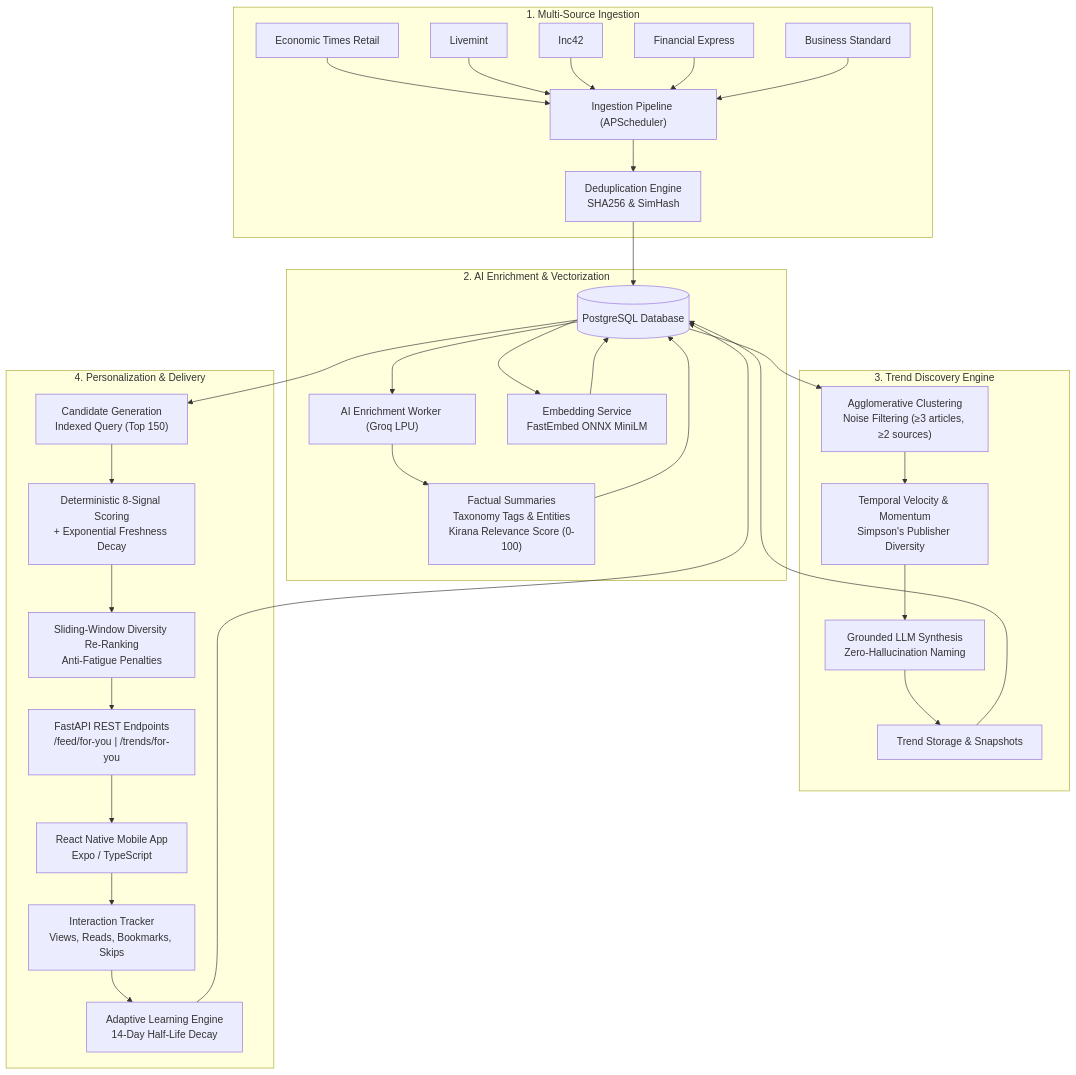
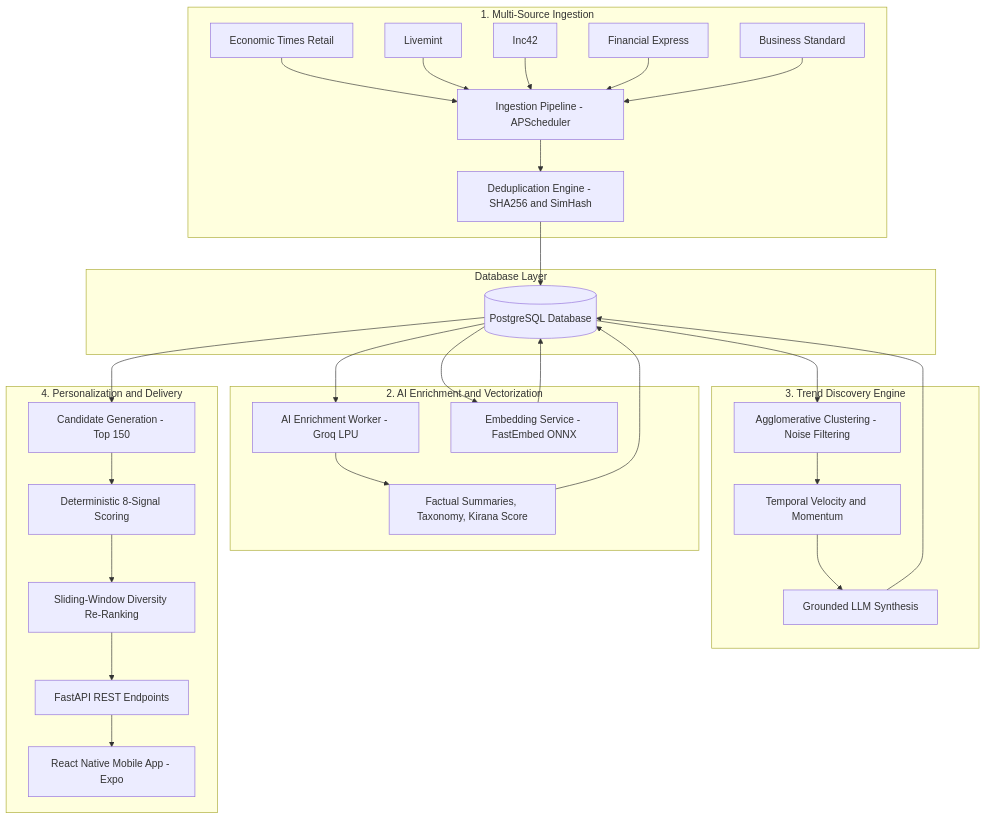
Before and after one commit to harshitxix/vyapar-BI: the first of 3 diagrams in README.md, drawn with Mermaid. The commit also changed other lines of this file, not shown here.

Commit message:
fix(docs): resolve Mermaid syntax compatibility for GitHub Markdown renderer

````diff
--- a/README.md
+++ b/README.md
@@ -11,40 +11,62 @@
 ```mermaid
-flowchart TD
-    subgraph Sourcing["1. Multi-Source Ingestion"]
-        S1["Economic Times Retail"]
-        S2["Livemint"]
-        S3["Inc42"]
-        S4["Financial Express"]
-        S5["Business Standard"]
-        S1 & S2 & S3 & S4 & S5 --> IngestPipeline["Ingestion Pipeline (APScheduler)"]
-        IngestPipeline --> Dedupe["Deduplication Engine<br/>SHA256 & SimHash"]
+graph TD
+    subgraph Ingestion [1. Multi-Source Ingestion]
+        S1[Economic Times Retail]
+        S2[Livemint]
+        S3[Inc42]
+        S4[Financial Express]
+        S5[Business Standard]
+        Pipeline[Ingestion Pipeline - APScheduler]
+        Dedupe[Deduplication Engine - SHA256 and SimHash]
+        
+        S1 --> Pipeline
+        S2 --> Pipeline
+        S3 --> Pipeline
+        S4 --> Pipeline
+        S5 --> Pipeline
+        Pipeline --> Dedupe
     end
 
-    subgraph Processing["2. AI Enrichment & Vectorization"]
-        Dedupe --> DB[(PostgreSQL Database)]
-        DB --> AIWorker["AI Enrichment Worker (Groq LPU)"]
-        AIWorker --> AIOutput["Factual Summaries<br/>Taxonomy Tags & Entities<br/>Kirana Relevance Score (0-100)"]
-        AIOutput --> DB
-        DB --> EmbedWorker["Embedding Service<br/>FastEmbed ONNX MiniLM"]
-        EmbedWorker --> DB
+    subgraph Storage [Database Layer]
+        DB[(PostgreSQL Database)]
     end
 
-    subgraph Intelligence["3. Trend Discovery Engine"]
-        DB --> Cluster["Agglomerative Clustering<br/>Noise Filtering (≥3 articles, ≥2 sources)"]
-        Cluster --> Temporal["Temporal Velocity & Momentum<br/>Simpson's Publisher Diversity"]
-        Temporal --> Synthesis["Grounded LLM Synthesis<br/>Zero-Hallucination Naming"]
-        Synthesis --> TrendStore["Trend Storage & Snapshots"]
-        TrendStore --> DB
+    subgraph Enrichment [2. AI Enrichment and Vectorization]
+        AIWorker[AI Enrichment Worker - Groq LPU]
+        AIOutput[Factual Summaries, Taxonomy, Kirana Score]
+        EmbedWorker[Embedding Service - FastEmbed ONNX]
+        
+        AIWorker --> AIOutput
     end
 
-    subgraph Personalization["4. Personalization & Delivery"]
-        DB --> CandidateGen["Candidate Generation<br/>Indexed Query (Top 150)"]
-        CandidateGen --> Scorer["Deterministic 8-Signal Scoring<br/>+ Exponential Freshness Decay"]
-        Scorer --> Diversity["Sliding-Window Diversity Re-Ranking<br/>Anti-Fatigue Penalties"]
-        Diversity --> API["FastAPI REST Endpoints<br/>/feed/for-you | /trends/for-you"]
-        API --> Mobile["React Native Mobile App<br/>Expo / TypeScript"]
-        Mobile --> Interaction["Interaction Tracker<br/>Views, Reads, Bookmarks, Skips"]
-        Interaction --> Adaptive["Adaptive Learning Engine<br/>14-Day Half-Life Decay"]
-        Adaptive --> DB
+    subgraph Intelligence [3. Trend Discovery Engine]
+        Cluster[Agglomerative Clustering - Noise Filtering]
+        Temporal[Temporal Velocity and Momentum]
+        Synthesis[Grounded LLM Synthesis]
+        
+        Cluster --> Temporal
+        Temporal --> Synthesis
     end
+
+    subgraph Personalization [4. Personalization and Delivery]
+        CandidateGen[Candidate Generation - Top 150]
+        Scorer[Deterministic 8-Signal Scoring]
+        Diversity[Sliding-Window Diversity Re-Ranking]
+        API[FastAPI REST Endpoints]
+        Mobile[React Native Mobile App - Expo]
+        
+        CandidateGen --> Scorer
+        Scorer --> Diversity
+        Diversity --> API
+        API --> Mobile
+    end
+
+    Dedupe --> DB
+    DB --> AIWorker
+    AIOutput --> DB
+    DB --> EmbedWorker
+    EmbedWorker --> DB
+    DB --> Cluster
+    Synthesis --> DB
+    DB --> CandidateGen
 ```
````
